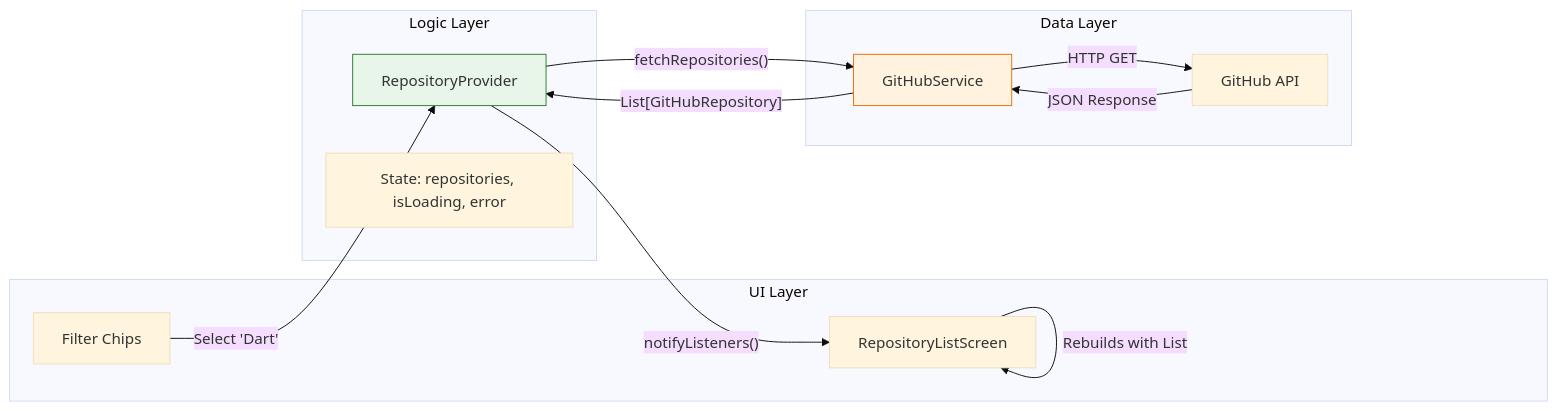
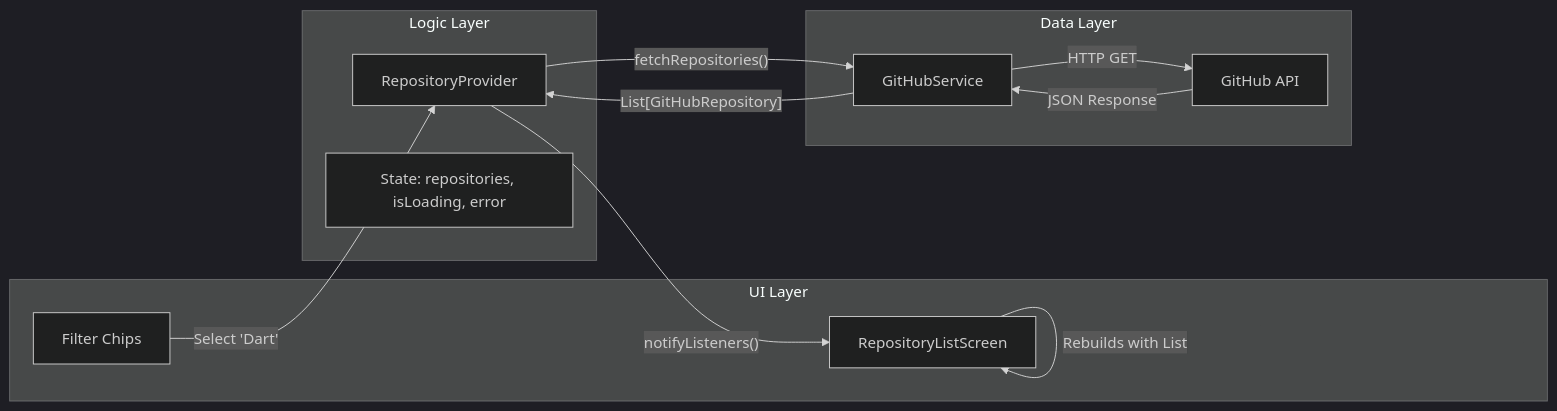
The third of 3 diagrams in PRESENTATION_NOTES.md (Berkay2002/TDDC73), drawn with Mermaid before and after one commit. The commit also changed other lines of this file and 17 other files, not shown here.

````diff
--- a/PRESENTATION_NOTES.md
+++ b/PRESENTATION_NOTES.md
@@ -106,29 +75,27 @@
 ```mermaid
-%%{init: {'theme': 'base'}}%%
+%%{init: {'theme': 'dark'}}%%
 graph LR
     subgraph UI Layer
         Screen[RepositoryListScreen]
         Filter[Filter Chips]
     end
 
     subgraph Logic Layer
         Provider[RepositoryProvider]
         State[State: repositories, isLoading, error]
     end
 
     subgraph Data Layer
         Service[GitHubService]
         API[GitHub API]
     end
 
     Filter -->|Select 'Dart'| Provider
     Provider -->|"fetchRepositories()"| Service
     Service -->|HTTP GET| API
     API -->|JSON Response| Service
     Service -->|"List[GitHubRepository]"| Provider
     Provider -->|"notifyListeners()"| Screen
     Screen -->|Rebuilds with List| Screen
 
-    style Provider fill:#e8f5e9,stroke:#2e7d32
-    style Service fill:#fff3e0,stroke:#ef6c00
 ```
````
